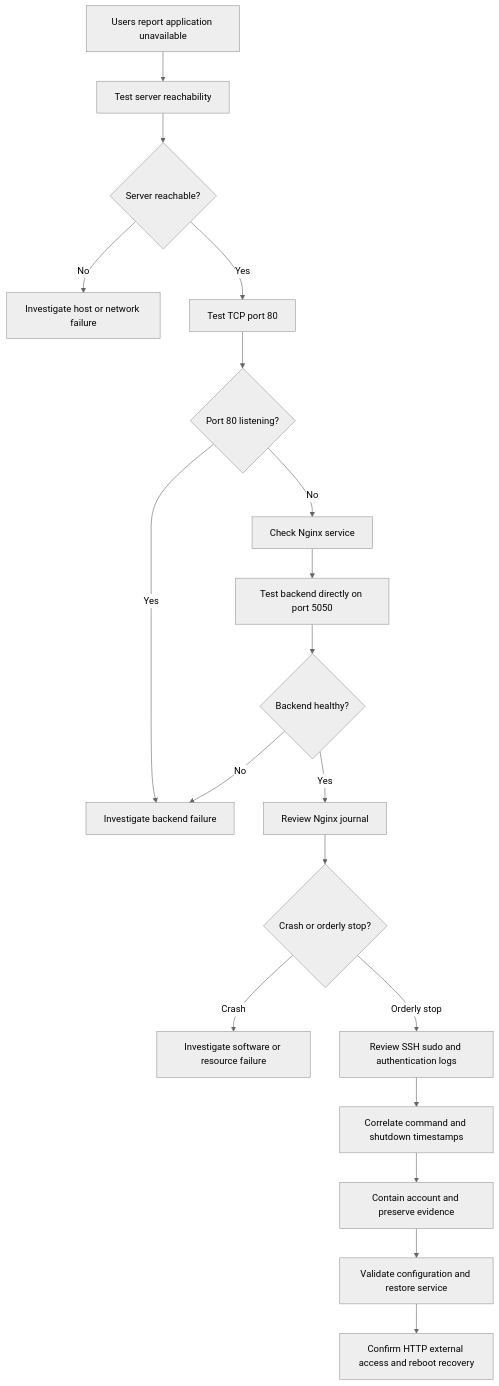
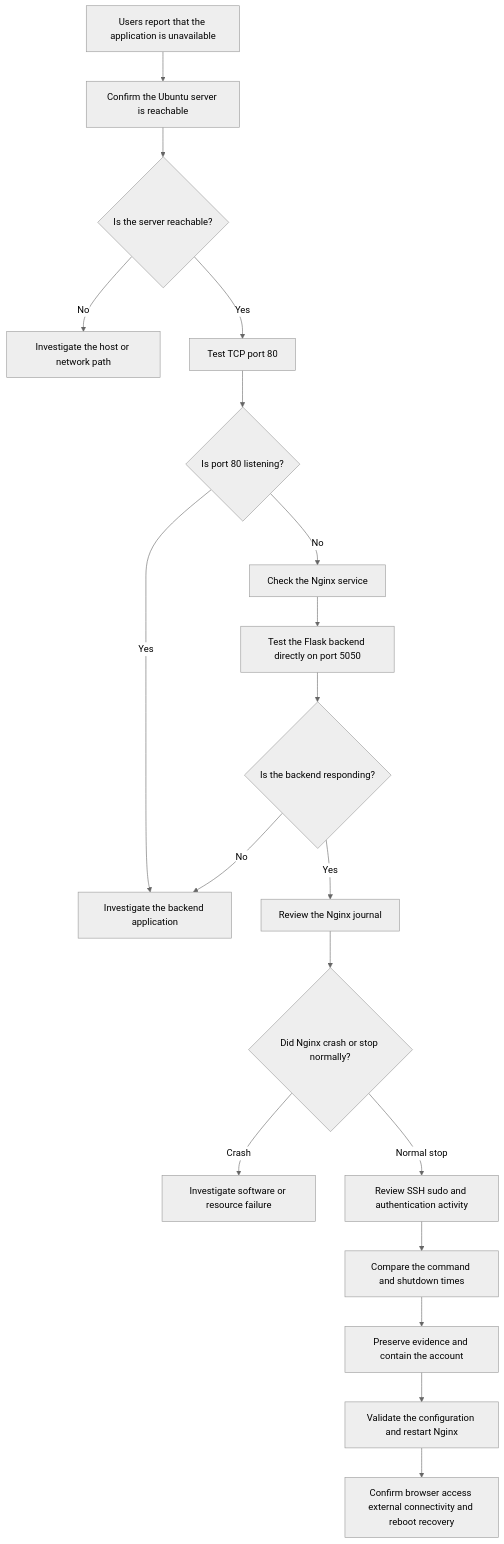
Before and after one commit to Tals101/cyberops-defense-group-professional-development-program: the diagram in ticket-002-production-web-application-outage/diagrams/investigation-flow.mmd, drawn with Mermaid (neutral theme). The commit also changed 9 other files, not shown here.

```diff
--- a/ticket-002-production-web-application-outage/diagrams/investigation-flow.mmd
+++ b/ticket-002-production-web-application-outage/diagrams/investigation-flow.mmd
@@ -1,29 +1,29 @@
 flowchart TD
-    A[Users report application unavailable]
-    B[Test server reachability]
-    C{Server reachable?}
-    D[Investigate host or network failure]
+    A[Users report that the application is unavailable]
+    B[Confirm the Ubuntu server is reachable]
+    C{Is the server reachable?}
+    D[Investigate the host or network path]
     E[Test TCP port 80]
-    F{Port 80 listening?}
-    G[Check Nginx service]
-    H[Test backend directly on port 5050]
-    I{Backend healthy?}
-    J[Investigate backend failure]
-    K[Review Nginx journal]
-    L{Crash or orderly stop?}
+    F{Is port 80 listening?}
+    G[Check the Nginx service]
+    H[Test the Flask backend directly on port 5050]
+    I{Is the backend responding?}
+    J[Investigate the backend application]
+    K[Review the Nginx journal]
+    L{Did Nginx crash or stop normally?}
     M[Investigate software or resource failure]
-    N[Review SSH sudo and authentication logs]
-    O[Correlate command and shutdown timestamps]
-    P[Contain account and preserve evidence]
-    Q[Validate configuration and restore service]
-    R[Confirm HTTP external access and reboot recovery]
+    N[Review SSH sudo and authentication activity]
+    O[Compare the command and shutdown times]
+    P[Preserve evidence and contain the account]
+    Q[Validate the configuration and restart Nginx]
+    R[Confirm browser access external connectivity and reboot recovery]
 
     A --> B --> C
     C -- No --> D
     C -- Yes --> E --> F
     F -- Yes --> J
     F -- No --> G --> H --> I
     I -- No --> J
     I -- Yes --> K --> L
     L -- Crash --> M
-    L -- Orderly stop --> N --> O --> P --> Q --> R
+    L -- Normal stop --> N --> O --> P --> Q --> R
```
